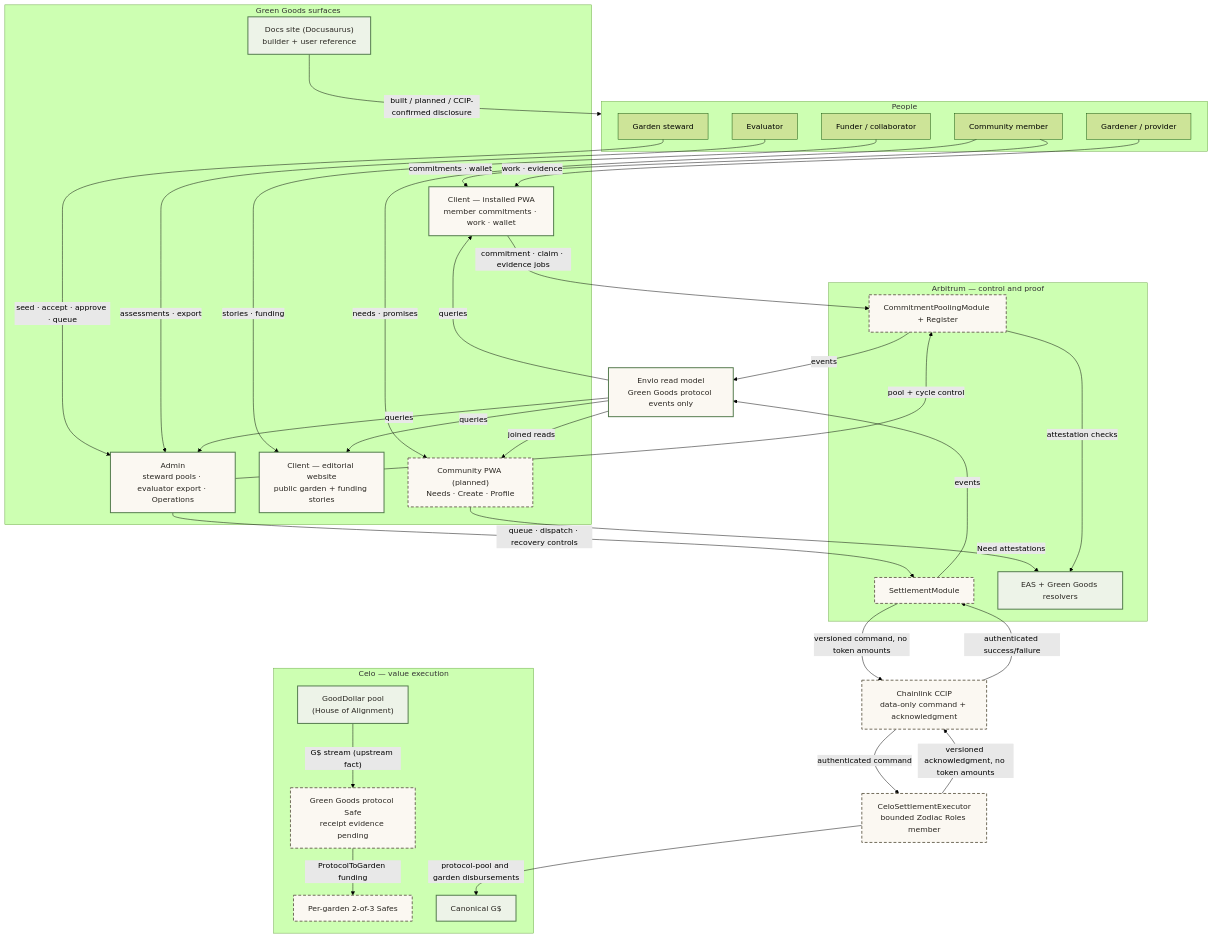
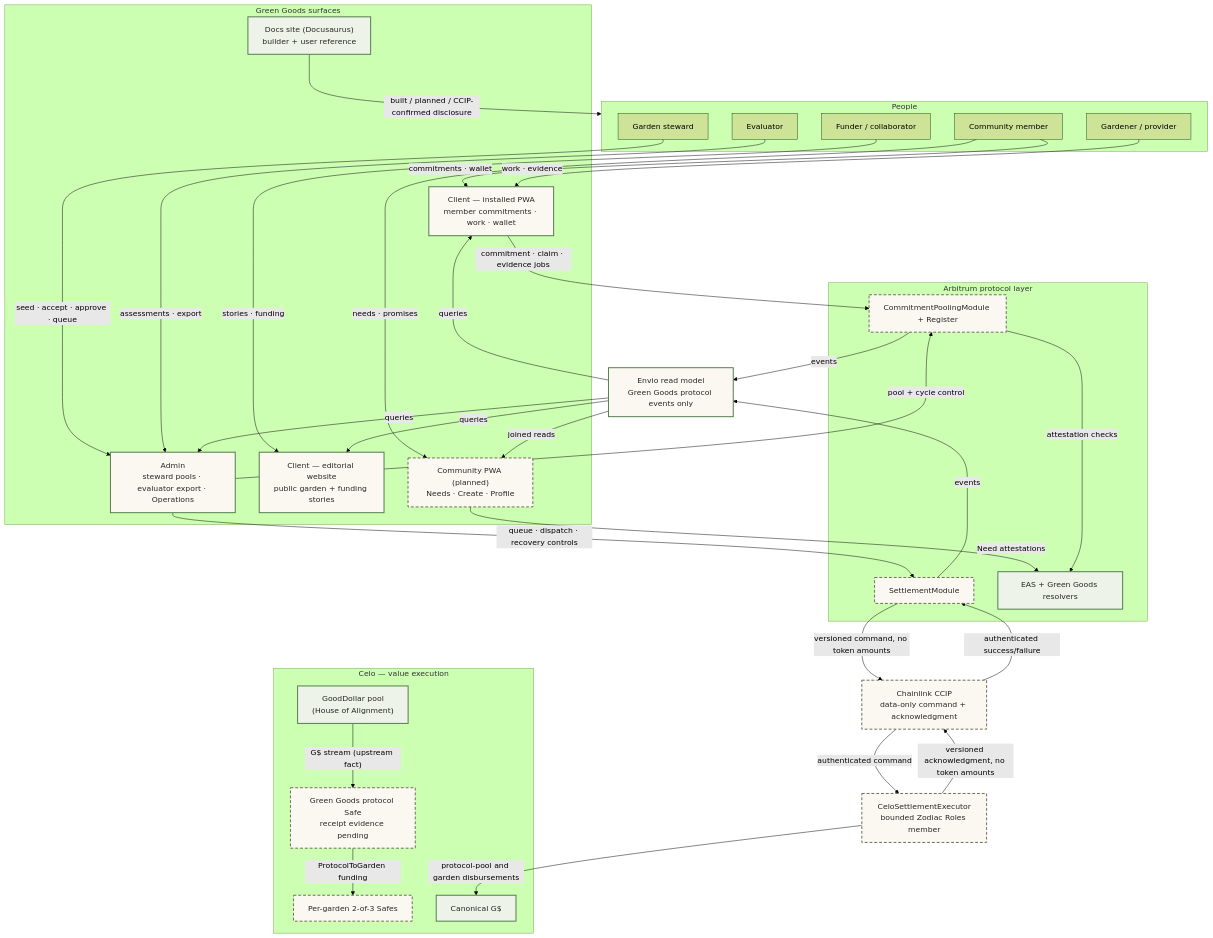
The first of 34 diagrams in .plans/active/commitment-pooling/diagrams.md (greenpill-dev-guild/green-goods), drawn with Mermaid (forest theme) before and after one commit. The commit also changed other lines of this file and 2 other files, not shown here.

First line of the commit message:
docs(plans): commitment pooling gallery — Reference tab, diagram declutter, render fixes

````diff
--- a/.plans/active/commitment-pooling/diagrams.md
+++ b/.plans/active/commitment-pooling/diagrams.md
@@ -108,64 +110,64 @@
 ```mermaid
 flowchart TB
   subgraph people["People"]
     MEM["Community member"]
     PROV["Gardener / provider"]
     STW["Garden steward"]
     EVA["Evaluator"]
     FUND["Funder / collaborator"]
   end
   subgraph surfaces["Green Goods surfaces"]
     COM["Community PWA (planned)<br/>Needs · Create · Profile"]
     PWA["Client — installed PWA<br/>member commitments · work · wallet"]
     WEB["Client — editorial website<br/>public garden + funding stories"]
     ADMIN["Admin<br/>steward pools · evaluator export · Operations"]
     DOCS["Docs site (Docusaurus)<br/>builder + user reference"]
   end
-  subgraph arb["Arbitrum — control and proof"]
+  subgraph arb["Arbitrum protocol layer"]
     MOD["CommitmentPoolingModule + Register"]
     SET["SettlementModule"]
     EAS["EAS + Green Goods resolvers"]
   end
   ENV["Envio read model<br/>Green Goods protocol events only"]
   subgraph celo["Celo — value execution"]
     HOA["GoodDollar pool<br/>(House of Alignment)"]
     PS["Green Goods protocol Safe<br/>receipt evidence pending"]
     GS["Per-garden 2-of-3 Safes"]
     GD["Canonical G$"]
   end
   CE["CeloSettlementExecutor<br/>bounded Zodiac Roles member"]
   CCIP["Chainlink CCIP<br/>data-only command + acknowledgment"]
 
   MEM -->|"needs · promises"| COM
   MEM -->|"commitments · wallet"| PWA
   PROV -->|"work · evidence"| PWA
   STW -->|"seed · accept · approve · queue"| ADMIN
   EVA -->|"assessments · export"| ADMIN
   FUND -->|"stories · funding"| WEB
   COM -->|"Need attestations"| EAS
   PWA -->|"commitment · claim · evidence jobs"| MOD
   ADMIN -->|"pool + cycle control"| MOD
   ADMIN -->|"queue · dispatch · recovery controls"| SET
   MOD -->|"attestation checks"| EAS
   MOD -->|"events"| ENV
   SET -->|"events"| ENV
   ENV -->|"joined reads"| COM
   ENV -->|"queries"| PWA
   ENV -->|"queries"| WEB
   ENV -->|"queries"| ADMIN
   HOA -->|"G$ stream (upstream fact)"| PS
   PS -->|"ProtocolToGarden funding"| GS
   CE -->|"protocol-pool and garden disbursements"| GD
   SET -->|"versioned command, no token amounts"| CCIP
   CCIP -->|"authenticated command"| CE
   CE -->|"versioned acknowledgment, no token amounts"| CCIP
   CCIP -->|"authenticated success/failure"| SET
   DOCS -->|"built / planned / CCIP-confirmed disclosure"| people
 
   classDef built fill:#edf3e8,stroke:#50784a,stroke-width:2px,color:#2a2722
   classDef planned fill:#fbf8f2,stroke:#6e6857,stroke-width:2px,stroke-dasharray:6 4,color:#2a2722
   classDef existingPlannedDelta fill:#fbf8f2,stroke:#50784a,stroke-width:2px,color:#2a2722
   class DOCS,EAS,HOA,GD built
   class COM,MOD,SET,GS,CE,CCIP,PS planned
   class PWA,WEB,ADMIN,ENV existingPlannedDelta
 ```
````
